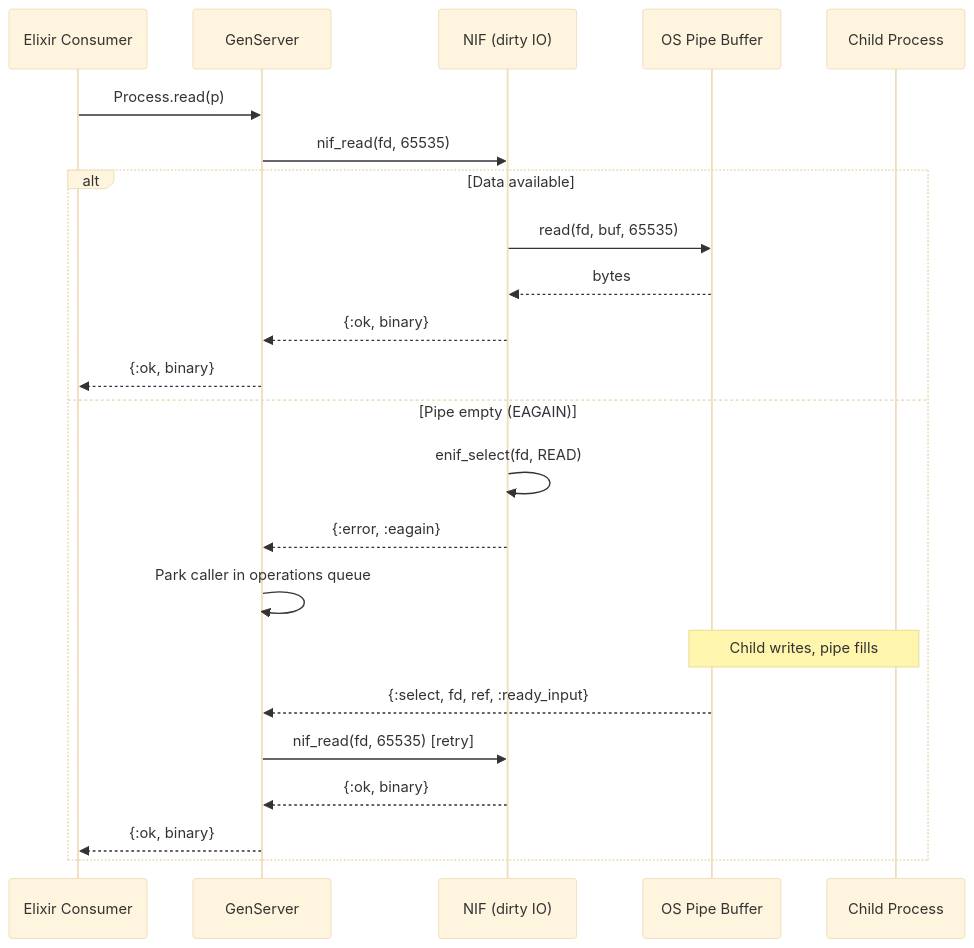
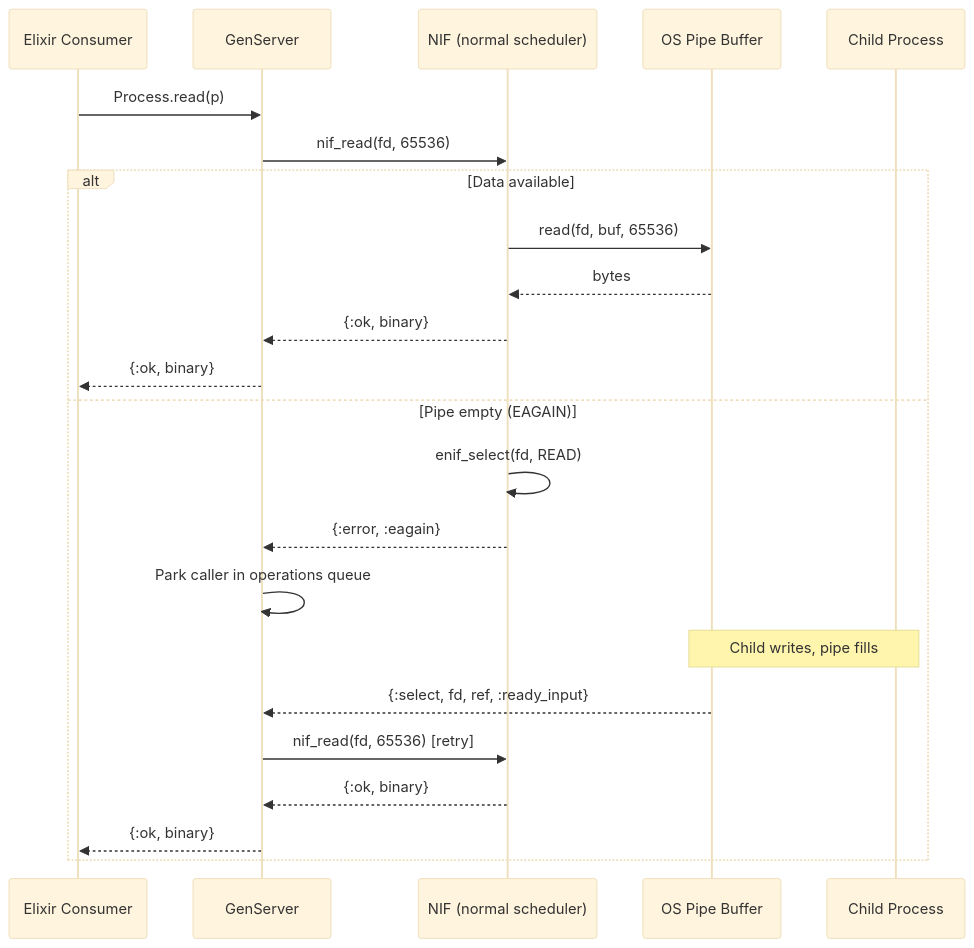
The diagram in docs/backpressure.md (nyo16/net_runner), drawn with Mermaid (base theme) before and after one commit. The commit also changed other lines of this file and 26 other files, not shown here.

````diff
--- a/docs/backpressure.md
+++ b/docs/backpressure.md
@@ -11,26 +11,26 @@
 ```mermaid
 sequenceDiagram
     participant E as Elixir Consumer
     participant GS as GenServer
-    participant NIF as NIF (dirty IO)
+    participant NIF as NIF (normal scheduler)
     participant Pipe as OS Pipe Buffer
     participant Child as Child Process
 
     E->>GS: Process.read(p)
-    GS->>NIF: nif_read(fd, 65535)
+    GS->>NIF: nif_read(fd, 65536)
     alt Data available
-        NIF->>Pipe: read(fd, buf, 65535)
+        NIF->>Pipe: read(fd, buf, 65536)
         Pipe-->>NIF: bytes
         NIF-->>GS: {:ok, binary}
         GS-->>E: {:ok, binary}
     else Pipe empty (EAGAIN)
         NIF->>NIF: enif_select(fd, READ)
         NIF-->>GS: {:error, :eagain}
         GS->>GS: Park caller in operations queue
         Note over Pipe,Child: Child writes, pipe fills
         Pipe-->>GS: {:select, fd, ref, :ready_input}
-        GS->>NIF: nif_read(fd, 65535) [retry]
+        GS->>NIF: nif_read(fd, 65536) [retry]
         NIF-->>GS: {:ok, binary}
         GS-->>E: {:ok, binary}
     end
 ```
````
